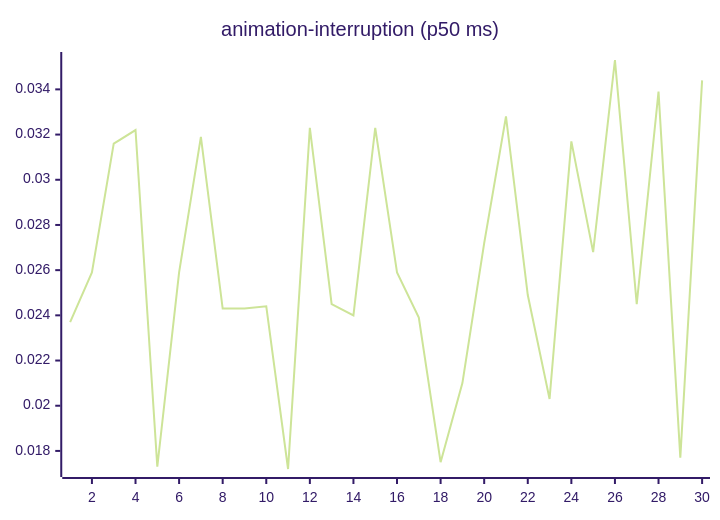
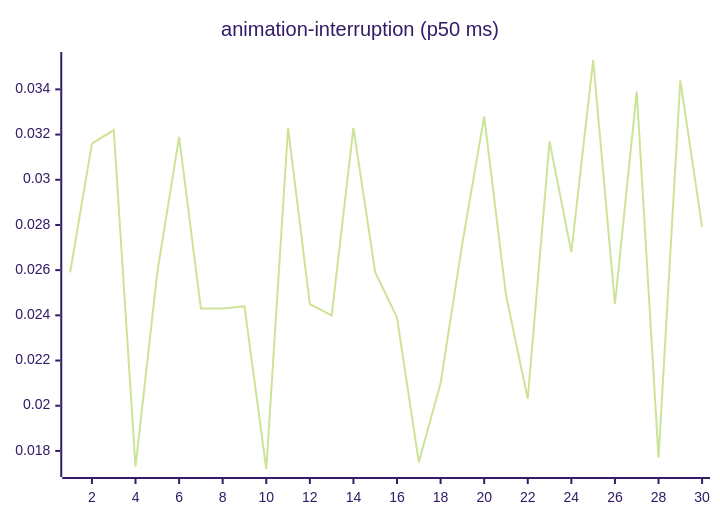
Before and after one commit to josha/Facet: the third of 27 diagrams in README.md, drawn with Mermaid (forest theme). The commit also changed other lines of this file and 2 other files, not shown here.

````diff
--- a/README.md
+++ b/README.md
@@ -77,6 +77,6 @@
 ```mermaid
 xychart-beta
     title "animation-interruption (p50 ms)"
     x-axis 1 --> 30
-    line [0.0237, 0.0259, 0.0316, 0.0322, 0.0173, 0.0259, 0.0319, 0.0243, 0.0243, 0.0244, 0.0172, 0.0323, 0.0245, 0.0240, 0.0323, 0.0259, 0.0239, 0.0175, 0.0210, 0.0272, 0.0328, 0.0249, 0.0203, 0.0317, 0.0268, 0.0353, 0.0245, 0.0339, 0.0177, 0.0344]
+    line [0.0259, 0.0316, 0.0322, 0.0173, 0.0259, 0.0319, 0.0243, 0.0243, 0.0244, 0.0172, 0.0323, 0.0245, 0.0240, 0.0323, 0.0259, 0.0239, 0.0175, 0.0210, 0.0272, 0.0328, 0.0249, 0.0203, 0.0317, 0.0268, 0.0353, 0.0245, 0.0339, 0.0177, 0.0344, 0.0279]
 ```
````
